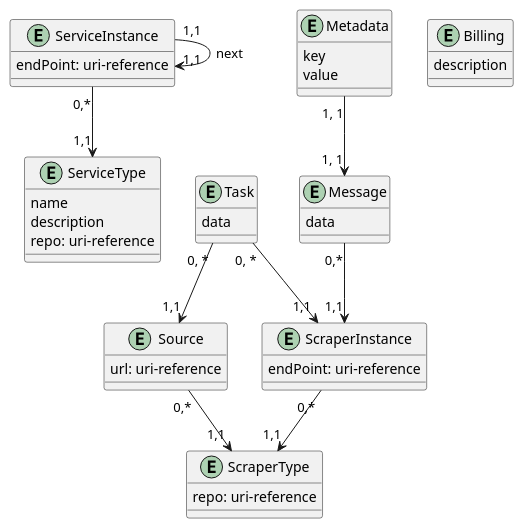
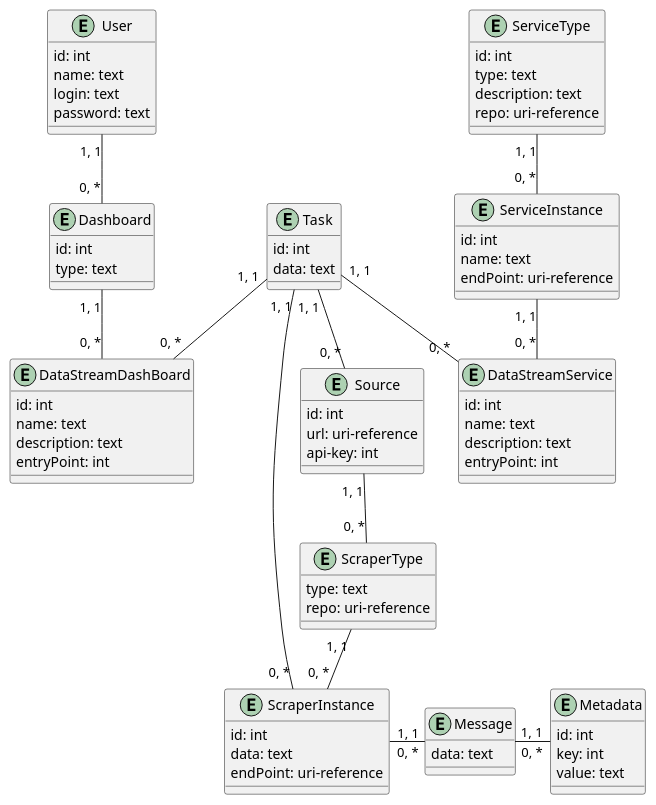
The diagram in docs/design/README.md (Pashhaa/media-content-analyze-system), drawn with PlantUML before and after one commit. The commit also changed other lines of this file, not shown here.

Commit message:
change er-diagram

```diff
--- a/docs/design/README.md
+++ b/docs/design/README.md
@@ -47,56 +10,86 @@
 @startuml
-
-  entity Billing {
-    description
+  entity User {
+    id: int
+    name: text
+    login: text
+    password: text
+  }
+  
+  entity DataStreamDashBoard { 
+    id: int    
+    name: text 
+    description: text 
+    entryPoint: int 
+  }
+  
+  entity DataStreamService { 
+    id: int    
+    name: text 
+    description: text 
+    entryPoint: int 
+  }
+  
+  entity Dashboard {
+   id: int
+   type: text
   }
 
   entity Message {
-  data
+    data: text
   }
   
   entity Metadata {
-    key
-    value
+    id: int
+    key: int
+    value: text
   }
   
   entity Source {
+    id: int
     url: uri-reference
+    api-key: int
   }
   
   entity ScraperType {
+    type: text
     repo: uri-reference
   }
   
   entity ScraperInstance {
+    id: int
+    data: text
     endPoint: uri-reference
   }
   
   entity Task {
-    data
+    id: int
+    data: text
   }
   
   entity ServiceType {
-    name
-    description
+    id: int
+    type: text
+    description: text
     repo: uri-reference
   }
 
   entity ServiceInstance {
+    id: int
+    name: text
     endPoint: uri-reference
   }
   
-  ServiceInstance "0,*" --> "1,1" ServiceType
-  ServiceInstance "1,1" -> "1,1" ServiceInstance : next 
-  
-  
-  Source "0,*" --> "1,1" ScraperType 
-  ScraperInstance "0,*" --> "1,1" ScraperType
-  
-  Message "0,*" --> "1,1" ScraperInstance
-  
-  Metadata "1, 1" --> "1, 1" Message
-  
-  Task "0, *" --> "1,1" Source
-  Task "0, *" -> "1,1" ScraperInstance
+  User "1, 1" -- "0, *" Dashboard
+  Dashboard "1, 1" -- "0, *" DataStreamDashBoard
+  ServiceType "1, 1" -- "0, *" ServiceInstance
+  ServiceInstance "1, 1" -- "0, *" DataStreamService
+  Task "1, 1" -- "0, *" DataStreamDashBoard
+  Task "1, 1" -- "0, *" DataStreamService
+  Task "1, 1" -- "0, *" Source
+  Task "1, 1" -- "0, *" ScraperInstance
+  Source "1, 1" -- "0, *" ScraperType
+  ScraperType "1, 1" -- "0, *" ScraperInstance
+  ScraperInstance "1, 1" - "0, *" Message
+  Message "1, 1" - "0, *" Metadata
   
 @enduml
```
